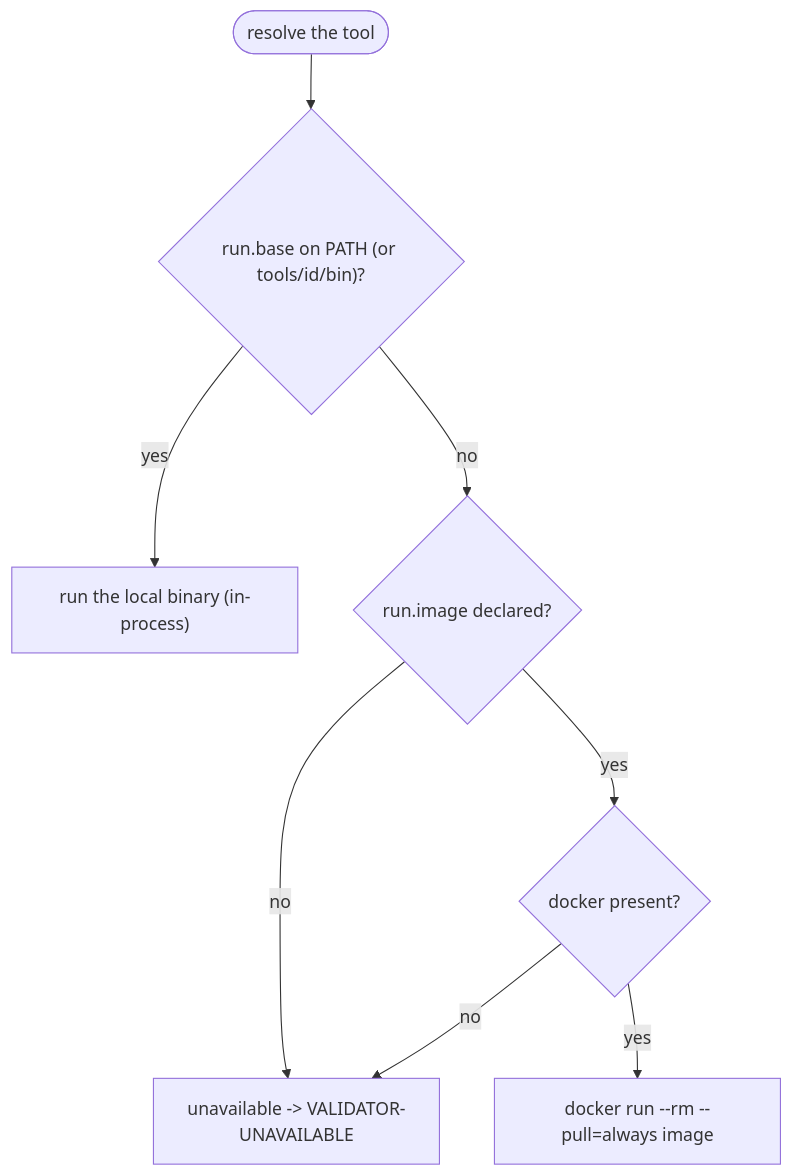
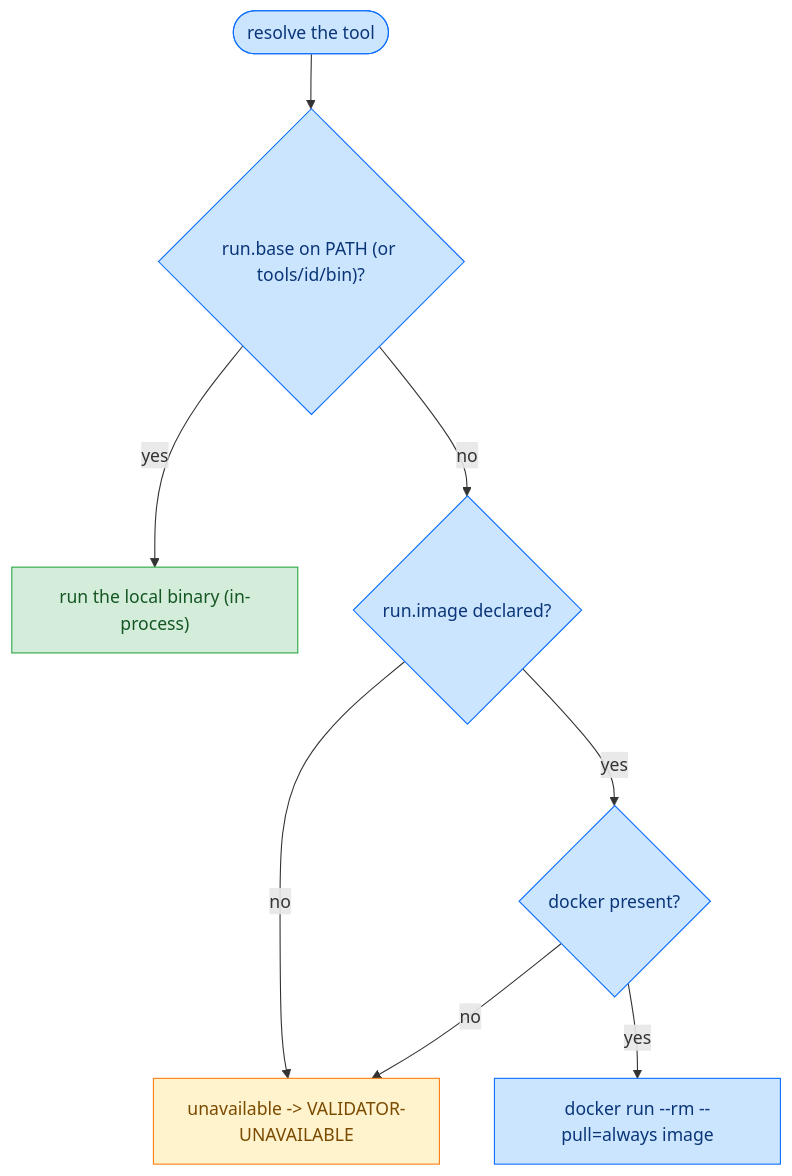
The diagram in docs/reference/execution-backends.md (paul007ex/breachsafe-ux), drawn with Mermaid before and after one commit. The commit also changed 10 other files, not shown here.

First line of the commit message:
docs: add semantic colour to the Mermaid diagrams (#156)

````diff
--- a/docs/reference/execution-backends.md
+++ b/docs/reference/execution-backends.md
@@ -17,10 +17,19 @@
 ```mermaid
 flowchart TD
     start(["resolve the tool"]) --> local{"run.base on PATH (or tools/id/bin)?"}
     local -- yes --> runlocal["run the local binary (in-process)"]
     local -- no --> image{"run.image declared?"}
     image -- no --> unavail["unavailable -> VALIDATOR-UNAVAILABLE"]
     image -- yes --> docker{"docker present?"}
     docker -- no --> unavail
     docker -- yes --> rundocker["docker run --rm --pull=always image"]
+    classDef valid       fill:#d4edda,stroke:#28a745,color:#155724;
+    classDef invalid     fill:#f8d7da,stroke:#dc3545,color:#721c24;
+    classDef unavailable fill:#fff3cd,stroke:#fd7e14,color:#7a4a00;
+    classDef process     fill:#cce5ff,stroke:#0d6efd,color:#0a3678;
+    classDef artifact    fill:#e2e3e5,stroke:#6c757d,color:#2f3336;
+    classDef external    fill:#e7d6ff,stroke:#6f42c1,color:#3d1a78;
+    class start,local,image,docker,rundocker process;
+    class runlocal valid;
+    class unavail unavailable;
 ```
````
